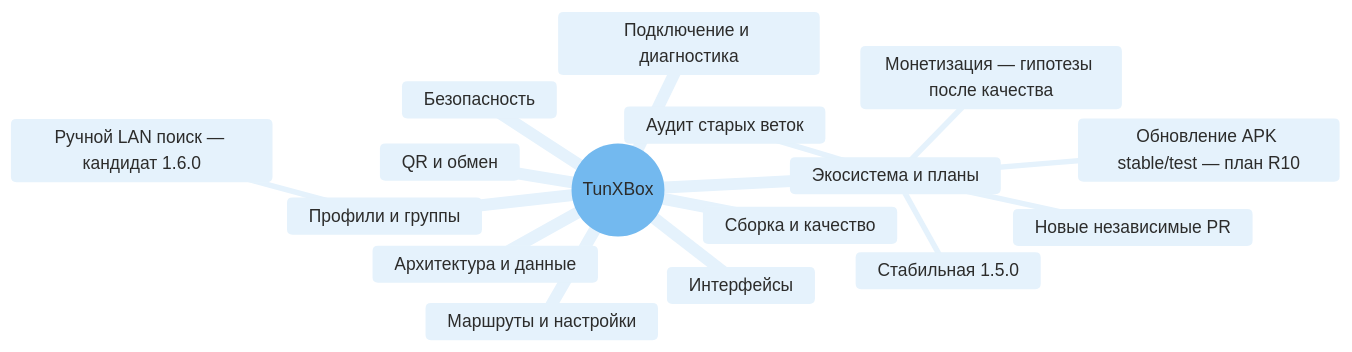
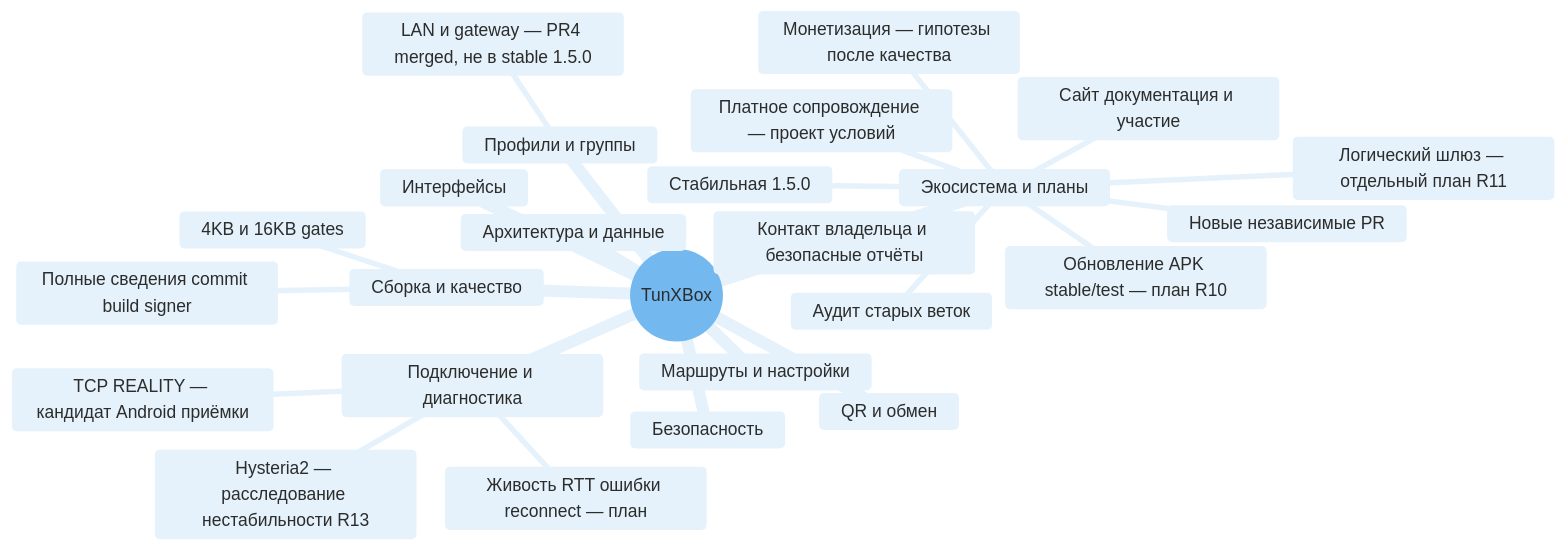
Before and after one commit to LeonidYasin/TunXBox: the diagram in docs/project-map.md, drawn with Mermaid. The commit also changed other lines of this file and 51 other files, not shown here.

````diff
--- a/docs/project-map.md
+++ b/docs/project-map.md
@@ -9,20 +9,29 @@
 ```mermaid
 %%{init: {"theme": "base", "themeVariables": {"primaryColor": "#E5F2FC", "primaryTextColor": "#2C2C2B", "primaryBorderColor": "#2783DE", "lineColor": "#7D7A75", "secondaryColor": "#E8F1EC", "tertiaryColor": "#F9F8F7", "fontFamily": "Arial", "cScale0": "#E5F2FC", "cScaleLabel0": "#2C2C2B", "cScale1": "#E5F2FC", "cScaleLabel1": "#2C2C2B", "cScale2": "#E5F2FC", "cScaleLabel2": "#2C2C2B", "cScale3": "#E5F2FC", "cScaleLabel3": "#2C2C2B", "cScale4": "#E5F2FC", "cScaleLabel4": "#2C2C2B", "cScale5": "#E5F2FC", "cScaleLabel5": "#2C2C2B", "cScale6": "#E5F2FC", "cScaleLabel6": "#2C2C2B", "cScale7": "#E5F2FC", "cScaleLabel7": "#2C2C2B", "cScale8": "#E5F2FC", "cScaleLabel8": "#2C2C2B", "cScale9": "#E5F2FC", "cScaleLabel9": "#2C2C2B", "cScale10": "#E5F2FC", "cScaleLabel10": "#2C2C2B", "cScale11": "#E5F2FC", "cScaleLabel11": "#2C2C2B"}}}%%
 mindmap
   root((TunXBox))
     Интерфейсы
     Профили и группы
-      Ручной LAN поиск — кандидат 1.6.0
+      LAN и gateway — PR4 merged, не в stable 1.5.0
     Подключение и диагностика
+      TCP REALITY — кандидат Android приёмки
+      Hysteria2 — расследование нестабильности R13
+      Живость RTT ошибки reconnect — план
     Маршруты и настройки
     QR и обмен
     Архитектура и данные
     Сборка и качество
+      Полные сведения commit build signer
+      4KB и 16KB gates
     Безопасность
     Экосистема и планы
       Стабильная 1.5.0
       Аудит старых веток
       Новые независимые PR
       Обновление APK stable/test — план R10
+      Сайт документация и участие
+      Контакт владельца и безопасные отчёты
+      Платное сопровождение — проект условий
       Монетизация — гипотезы после качества
+      Логический шлюз — отдельный план R11
 ```
````
